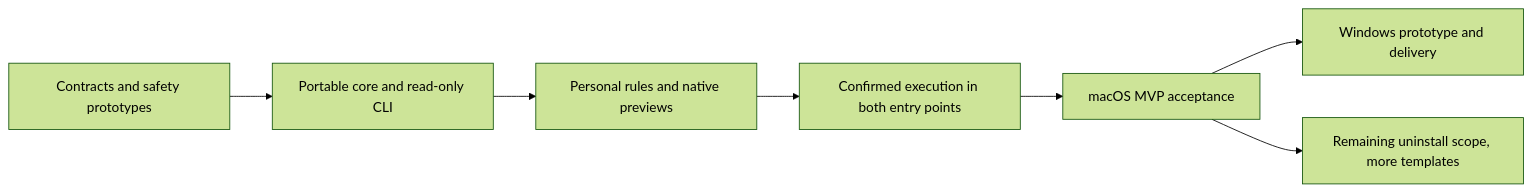
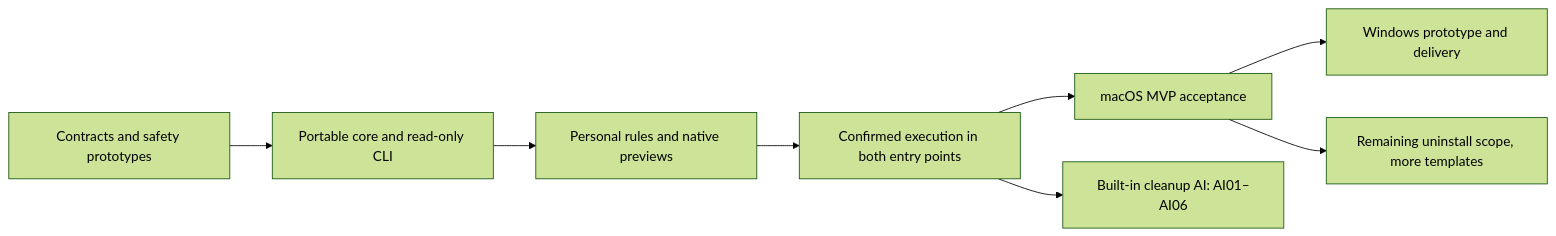
The diagram in docs/engineering/implementation-plan.md (limecloud/shou), drawn with Mermaid (forest theme) before and after one commit. The commit also changed other lines of this file and 205 other files, not shown here.

````diff
--- a/docs/engineering/implementation-plan.md
+++ b/docs/engineering/implementation-plan.md
@@ -30,9 +30,10 @@
 ```mermaid
 flowchart LR
     M0[Contracts and safety prototypes] --> M1[Portable core and read-only CLI]
     M1 --> M2[Personal rules and native previews]
     M2 --> M3[Confirmed execution in both entry points]
     M3 --> M4[macOS MVP acceptance]
     M4 --> M5[Windows prototype and delivery]
+    M3 --> M6[Built-in cleanup AI: AI01–AI06]
     M4 --> Later[Remaining uninstall scope, more templates]
 ```
````
